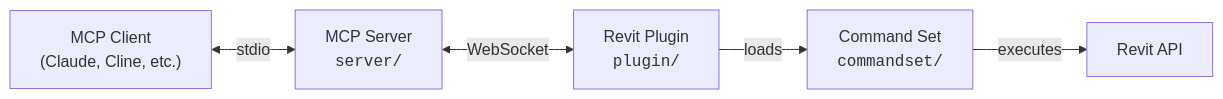
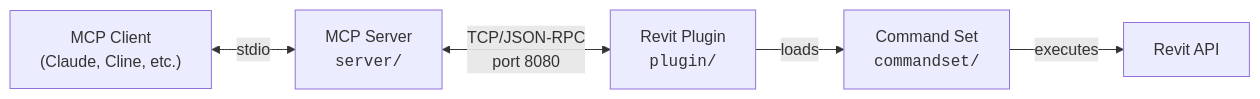
One commit to sky92archangel/mcp-servers-for-revit changed the diagram in README.md. Above: the diagram before and after it, drawn with Mermaid. The commit also changed other lines of this file and 3 other files, not shown here.

````diff
--- a/README.md
+++ b/README.md
@@ -14,13 +14,13 @@
 ```mermaid
 flowchart LR
     Client["MCP Client<br/>(Claude, Cline, etc.)"]
     Server["MCP Server<br/><code>server/</code>"]
     Plugin["Revit Plugin<br/><code>plugin/</code>"]
     CommandSet["Command Set<br/><code>commandset/</code>"]
     Revit["Revit API"]
 
     Client <-->|stdio| Server
-    Server <-->|WebSocket| Plugin
+    Server <-->|TCP/JSON-RPC<br/>port 8080| Plugin
     Plugin -->|loads| CommandSet
     CommandSet -->|executes| Revit
 ```
````
